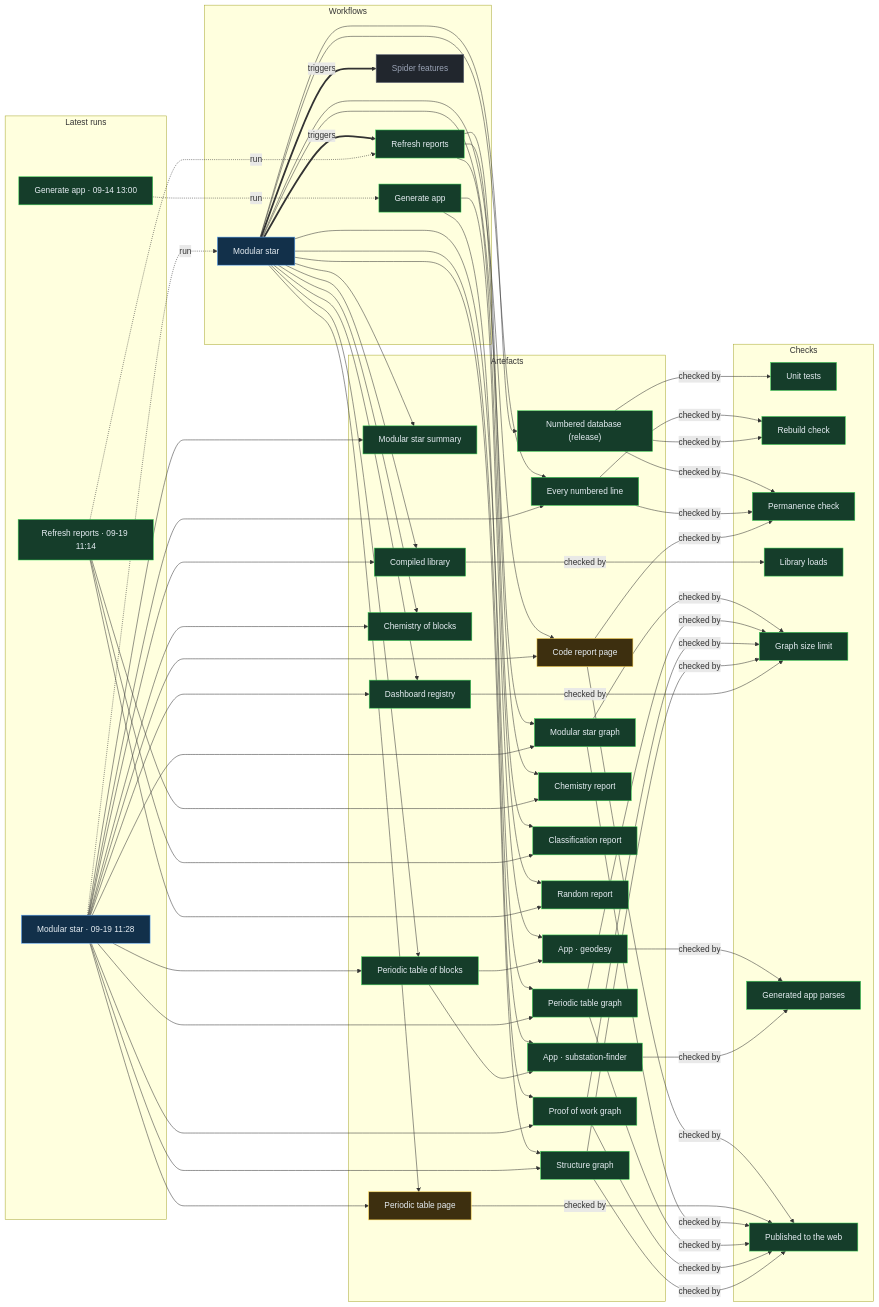
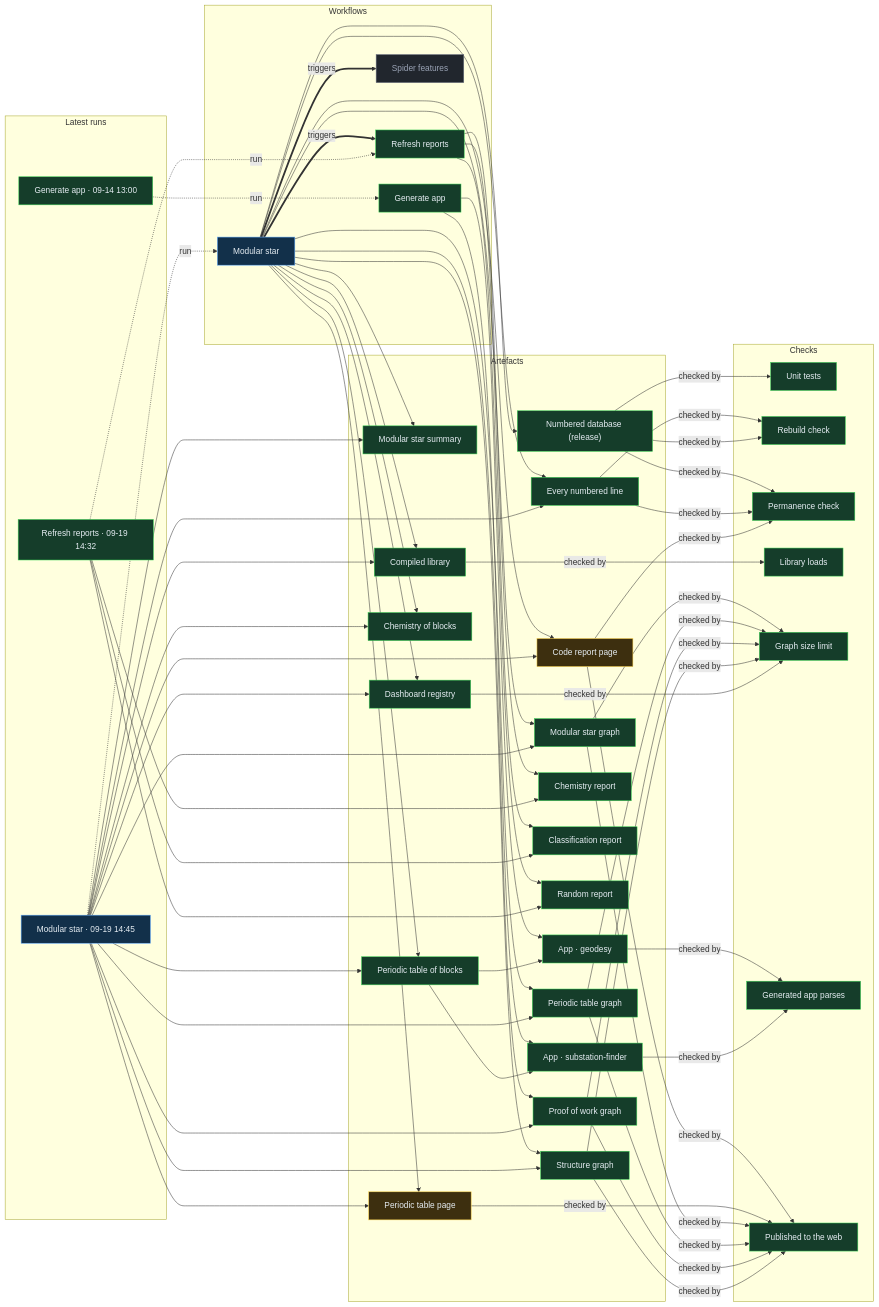
The diagram in proof/PROOF.md (Ventusltd/stars), drawn with Mermaid before and after one commit. The commit also changed other lines of this file and 128 other files, not shown here.

Commit message:
Modular star 2026-09-19T14:46Z

```diff
--- a/proof/PROOF.md
+++ b/proof/PROOF.md
@@ -24,8 +24,8 @@
   n_wf_spider_features["Spider features"]:::off
   end
   subgraph g_runs["Latest runs"]
-  n_run_35440219641["Modular star · 09-19 11:28"]:::live
-  n_run_35439552596["Refresh reports · 09-19 11:14"]:::ok
+  n_run_35449683173["Modular star · 09-19 14:45"]:::live
+  n_run_35449031822["Refresh reports · 09-19 14:32"]:::ok
   n_run_34846587798["Generate app · 09-14 13:00"]:::ok
   end
   subgraph g_artefacts["Artefacts"]
@@ -59,39 +59,39 @@
   end
   n_wf_modular_star == triggers ==> n_wf_refresh
   n_wf_modular_star == triggers ==> n_wf_spider_features
-  n_run_35440219641 -. run .-> n_wf_modular_star
-  n_run_35439552596 -. run .-> n_wf_refresh
+  n_run_35449683173 -. run .-> n_wf_modular_star
+  n_run_35449031822 -. run .-> n_wf_refresh
   n_run_34846587798 -. run .-> n_wf_generate
   n_wf_modular_star --> n_art_summary
-  n_run_35440219641 --> n_art_summary
+  n_run_35449683173 --> n_art_summary
   n_wf_modular_star --> n_art_lines
-  n_run_35440219641 --> n_art_lines
+  n_run_35449683173 --> n_art_lines
   n_wf_modular_star --> n_art_code
-  n_run_35440219641 --> n_art_code
+  n_run_35449683173 --> n_art_code
   n_wf_modular_star --> n_art_modular_graph
-  n_run_35440219641 --> n_art_modular_graph
+  n_run_35449683173 --> n_art_modular_graph
   n_wf_modular_star --> n_art_blocks
-  n_run_35440219641 --> n_art_blocks
+  n_run_35449683173 --> n_art_blocks
   n_wf_modular_star --> n_art_table
-  n_run_35440219641 --> n_art_table
+  n_run_35449683173 --> n_art_table
   n_wf_modular_star --> n_art_blocks_graph
-  n_run_35440219641 --> n_art_blocks_graph
+  n_run_35449683173 --> n_art_blocks_graph
   n_wf_modular_star --> n_art_reactions
-  n_run_35440219641 --> n_art_reactions
+  n_run_35449683173 --> n_art_reactions
   n_wf_modular_star --> n_art_library
-  n_run_35440219641 --> n_art_library
+  n_run_35449683173 --> n_art_library
   n_wf_modular_star --> n_art_features
-  n_run_35440219641 --> n_art_features
+  n_run_35449683173 --> n_art_features
   n_wf_modular_star --> n_art_proof
-  n_run_35440219641 --> n_art_proof
+  n_run_35449683173 --> n_art_proof
   n_wf_modular_star --> n_art_structure
-  n_run_35440219641 --> n_art_structure
+  n_run_35449683173 --> n_art_structure
   n_wf_refresh --> n_art_chemistry
-  n_run_35439552596 --> n_art_chemistry
+  n_run_35449031822 --> n_art_chemistry
   n_wf_refresh --> n_art_vedic
-  n_run_35439552596 --> n_art_vedic
+  n_run_35449031822 --> n_art_vedic
   n_wf_refresh --> n_art_random
-  n_run_35439552596 --> n_art_random
+  n_run_35449031822 --> n_art_random
   n_wf_modular_star --> n_art_release
   n_wf_generate --> n_app_geodesy
   n_art_blocks --> n_app_geodesy
```
